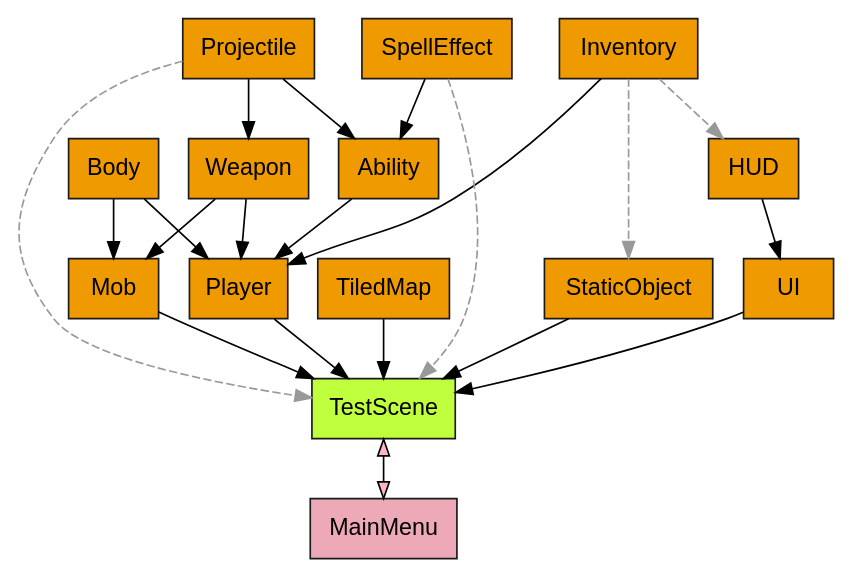
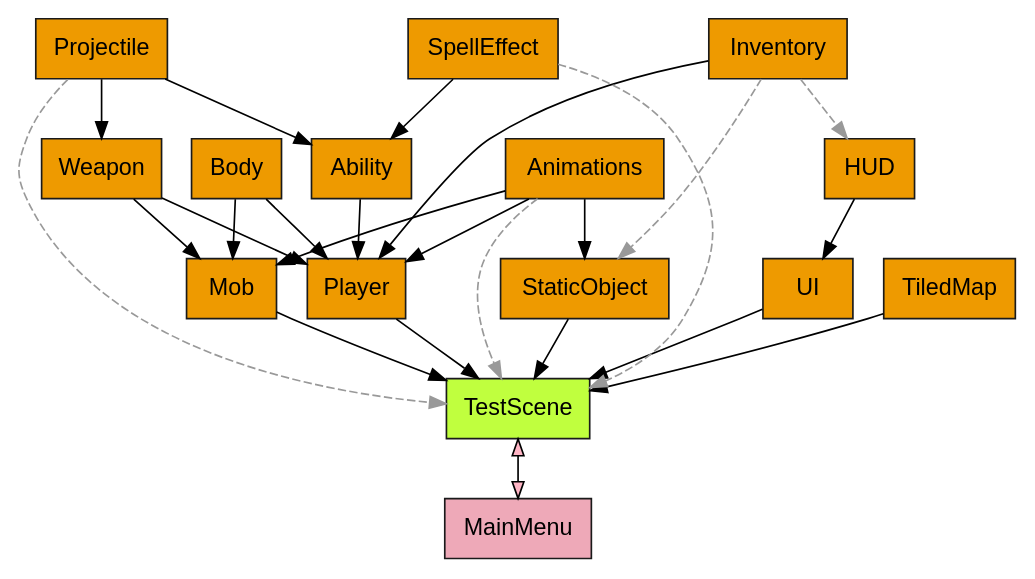
The diagram in scene_layout.dot (NiclasEriksen/godot_rpg), drawn with Graphviz before and after one commit. The commit also changed 7 other files, not shown here.

```diff
--- a/scene_layout.dot
+++ b/scene_layout.dot
@@ -1,29 +1,33 @@
 digraph {
     graph [fontname="helvetica", fillcolor="orange2"]
     node [
         shape="box",
         fontname="helvetica",
         style=filled,
         fillcolor="orange2", color="grey10"
     ]
     # label="Scene instancing layout"
     root[label="TestScene", fillcolor="olivedrab1"]
     MainMenu[fillcolor="pink2"]
     Body -> Player -> root
     Body -> Mob -> root
     Weapon -> Mob
 	Weapon -> Player
     Inventory -> HUD [color="grey60", style=dashed]
     Inventory -> StaticObject [color="grey60", style=dashed]
     Inventory -> Player
     Ability -> Player
+    Animations -> Player
+    Animations -> Mob
+    Animations -> StaticObject
+    Animations -> root [color="grey60", style=dashed]
     TiledMap -> root
     HUD -> UI -> root
     StaticObject -> root
     Projectile -> Weapon
     Projectile -> Ability
     SpellEffect -> Ability
     Projectile -> root [color="grey60", style=dashed]
     SpellEffect -> root [color="grey60", style=dashed]
     root -> MainMenu [dir=both, fillcolor="pink1"]
 }
```
